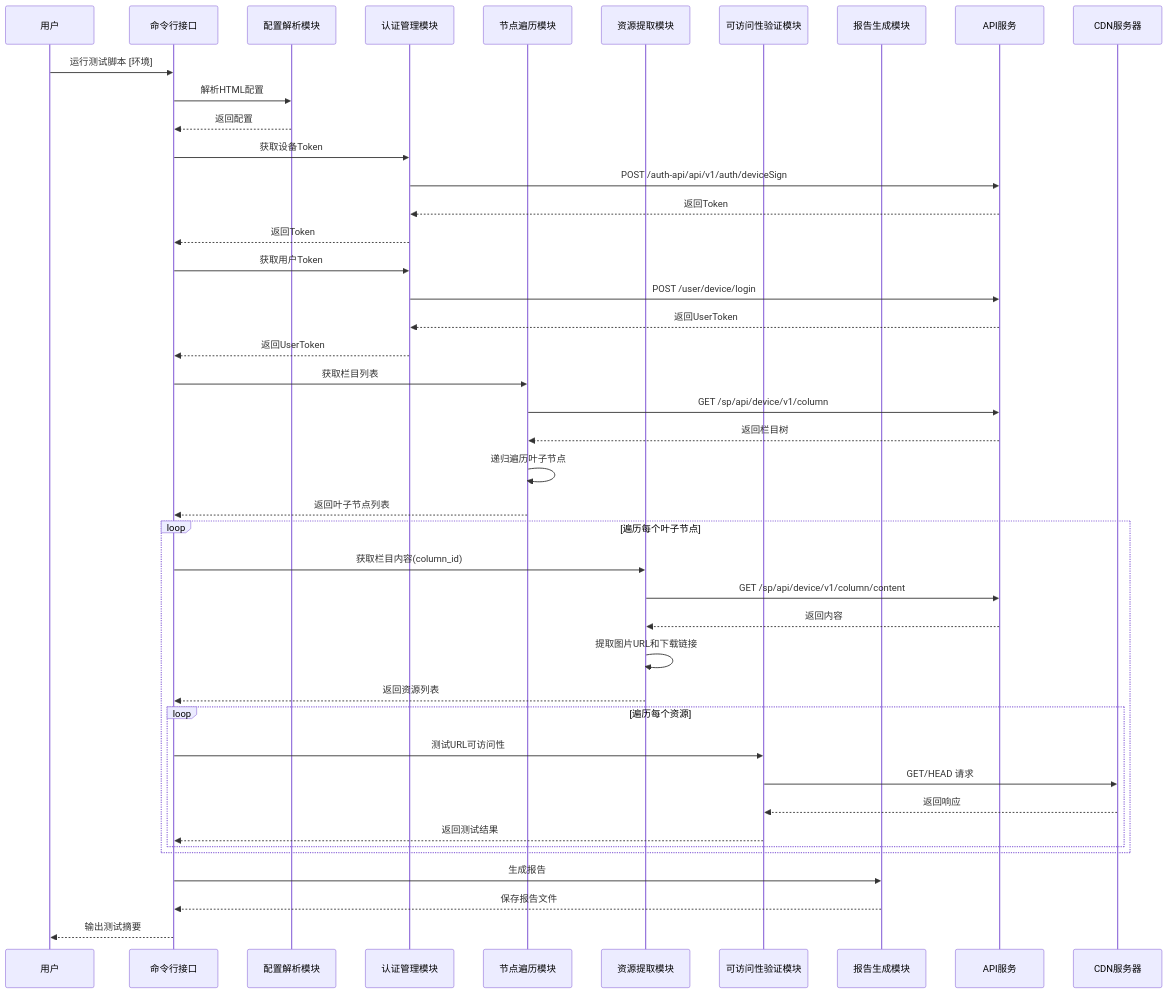
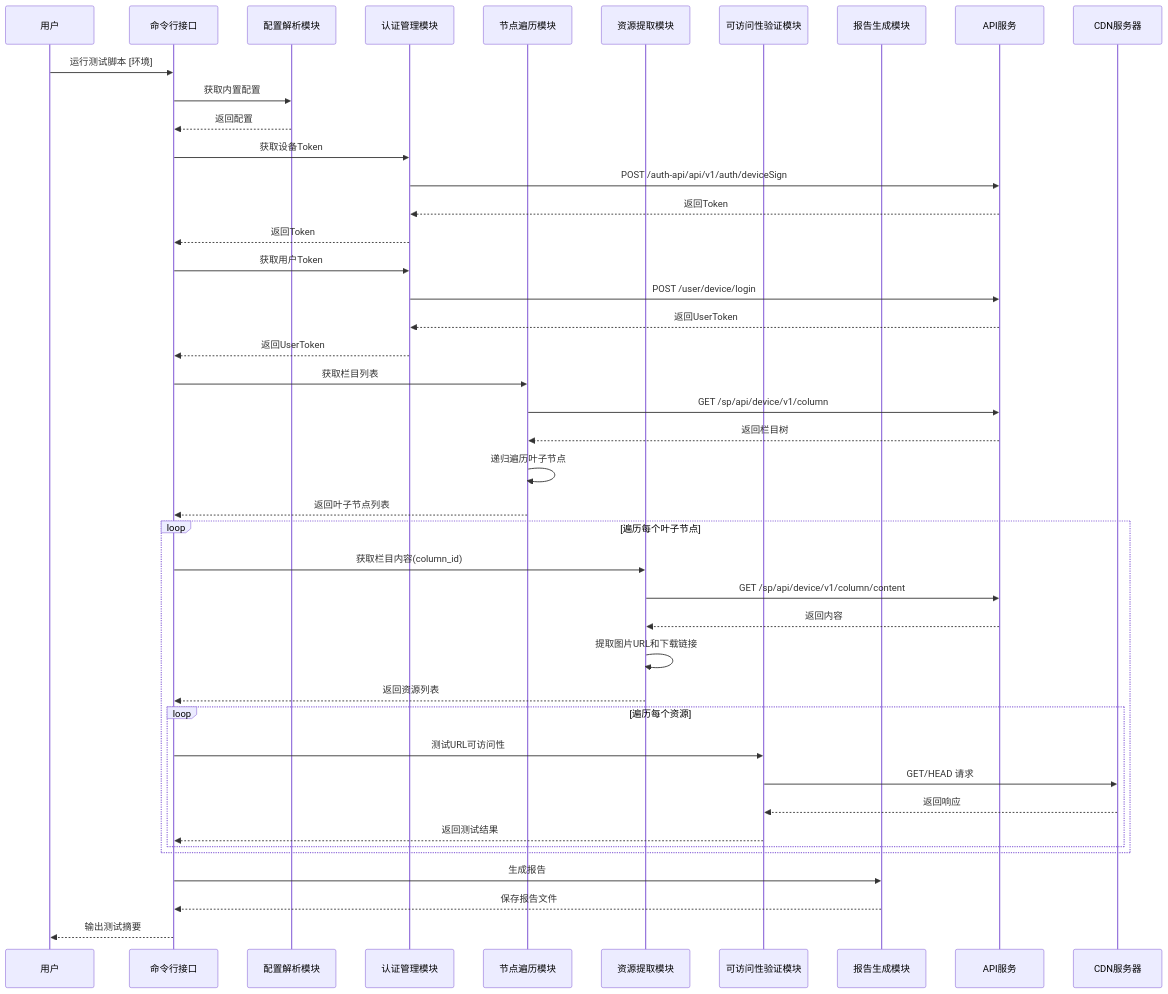
The third of 5 diagrams in data-test/cdn-test/architecture-design.md (igwwang/data-preview), drawn with Mermaid before and after one commit. The commit also changed other lines of this file and 6 other files, not shown here.

````diff
--- a/data-test/cdn-test/architecture-design.md
+++ b/data-test/cdn-test/architecture-design.md
@@ -340,52 +348,52 @@
 ```mermaid
 sequenceDiagram
     participant User as 用户
     participant CLI as 命令行接口
     participant Config as 配置解析模块
     participant Auth as 认证管理模块
     participant Traverser as 节点遍历模块
     participant Extractor as 资源提取模块
     participant Tester as 可访问性验证模块
     participant Reporter as 报告生成模块
     participant API as API服务
     participant CDN as CDN服务器
 
     User->>CLI: 运行测试脚本 [环境]
-    CLI->>Config: 解析HTML配置
+    CLI->>Config: 获取内置配置
     Config-->>CLI: 返回配置
     
     CLI->>Auth: 获取设备Token
     Auth->>API: POST /auth-api/api/v1/auth/deviceSign
     API-->>Auth: 返回Token
     Auth-->>CLI: 返回Token
     
     CLI->>Auth: 获取用户Token
     Auth->>API: POST /user/device/login
     API-->>Auth: 返回UserToken
     Auth-->>CLI: 返回UserToken
     
     CLI->>Traverser: 获取栏目列表
     Traverser->>API: GET /sp/api/device/v1/column
     API-->>Traverser: 返回栏目树
     Traverser->>Traverser: 递归遍历叶子节点
     Traverser-->>CLI: 返回叶子节点列表
     
     loop 遍历每个叶子节点
         CLI->>Extractor: 获取栏目内容(column_id)
         Extractor->>API: GET /sp/api/device/v1/column/content
         API-->>Extractor: 返回内容
         Extractor->>Extractor: 提取图片URL和下载链接
         Extractor-->>CLI: 返回资源列表
         
         loop 遍历每个资源
             CLI->>Tester: 测试URL可访问性
             Tester->>CDN: GET/HEAD 请求
             CDN-->>Tester: 返回响应
             Tester-->>CLI: 返回测试结果
         end
     end
     
     CLI->>Reporter: 生成报告
     Reporter-->>CLI: 保存报告文件
     CLI-->>User: 输出测试摘要
 ```
````
